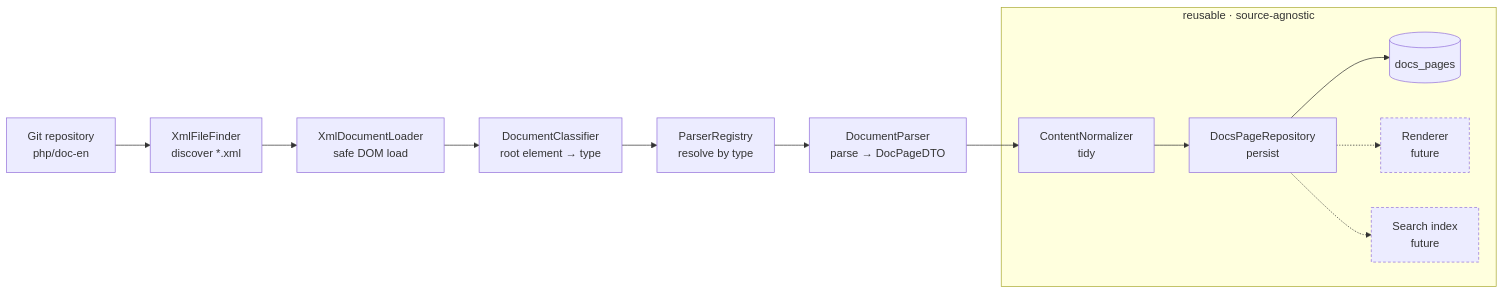
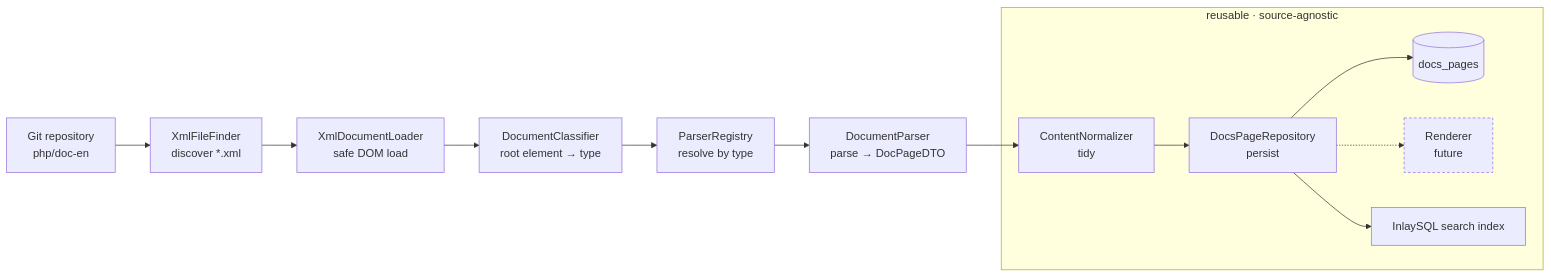
Before and after one commit to lam0819/php-rebrand: the first of 5 diagrams in docs/Architecture.md, drawn with Mermaid. The commit also changed other lines of this file and 4 other files, not shown here.

````diff
--- a/docs/Architecture.md
+++ b/docs/Architecture.md
@@ -16,25 +16,25 @@
 ```mermaid
 flowchart LR
     A[Git repository<br/>php/doc-en] --> B[XmlFileFinder<br/>discover *.xml]
     B --> C[XmlDocumentLoader<br/>safe DOM load]
     C --> D[DocumentClassifier<br/>root element → type]
     D --> E[ParserRegistry<br/>resolve by type]
     E --> F[DocumentParser<br/>parse → DocPageDTO]
     F --> G[ContentNormalizer<br/>tidy]
     G --> H[DocsPageRepository<br/>persist]
     H --> I[(docs_pages)]
 
     subgraph reusable [reusable · source-agnostic]
         G
         H
         I
         R[Renderer<br/>future]
-        S[Search index<br/>future]
+        S[InlaySQL search index]
     end
 
     H -.-> R
-    H -.-> S
+    H --> S
 
     classDef future stroke-dasharray: 4 3;
-    class R,S future;
+    class R future;
 ```
````
